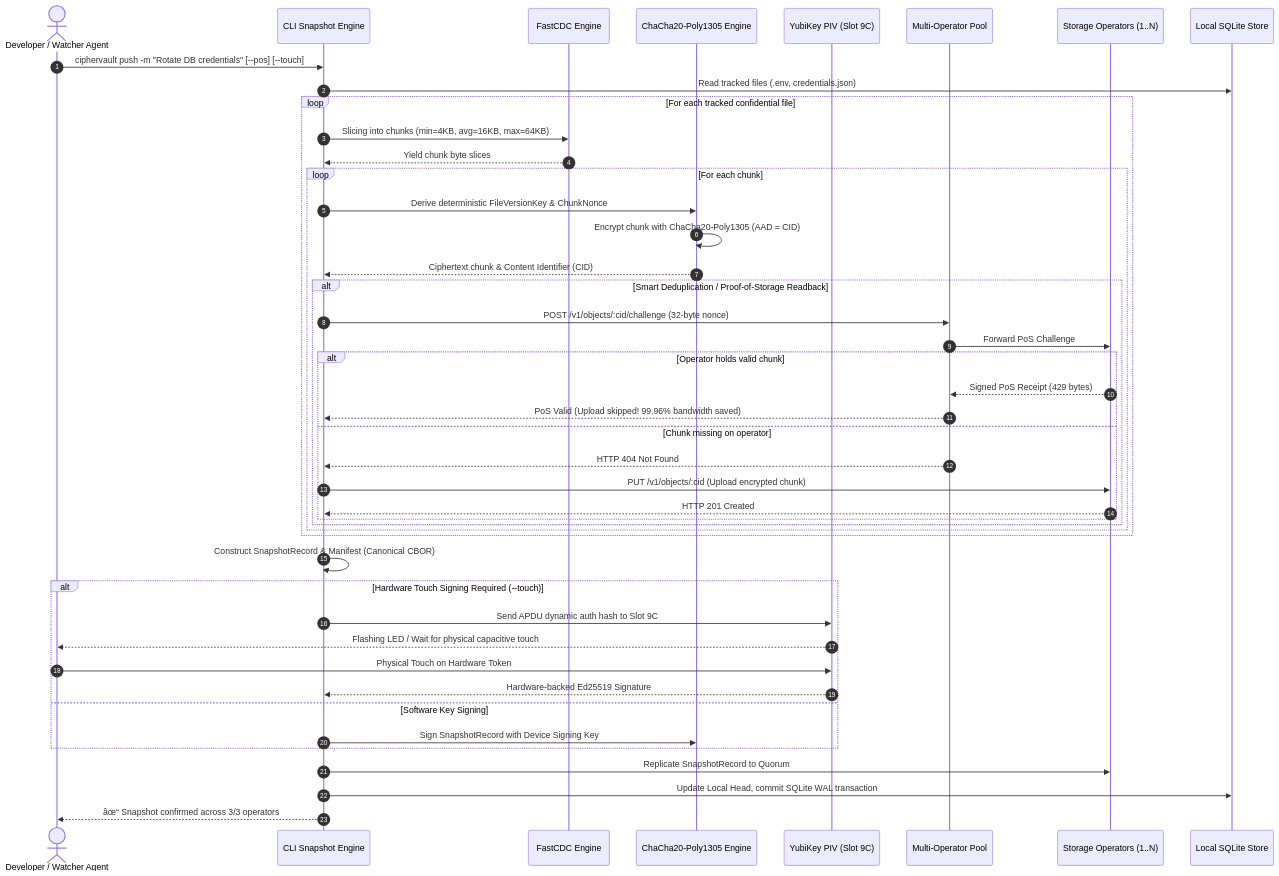
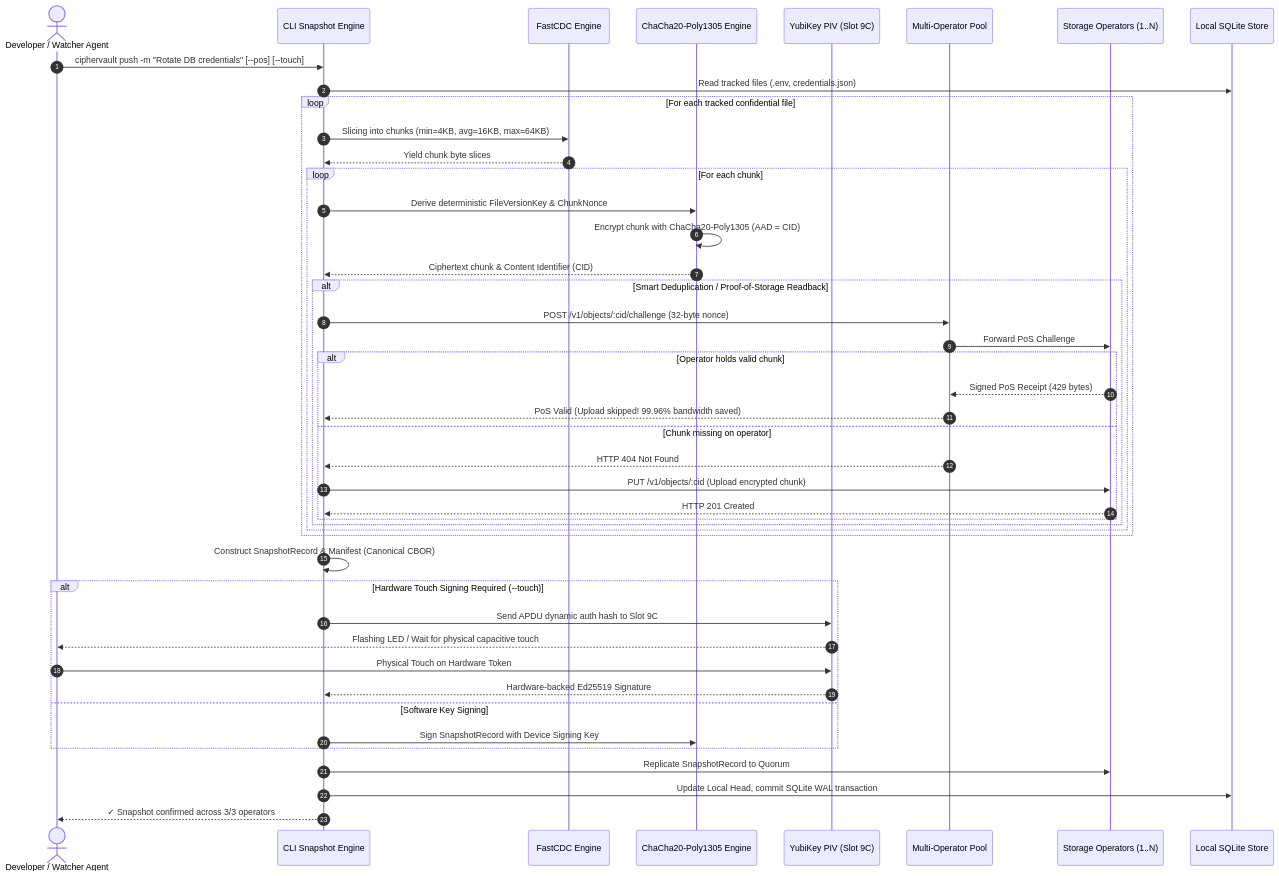
Before and after one commit to samuel-1-avson/CipherVault: the fourth of 14 diagrams in docs/SYSTEM_WORKFLOW.md, drawn with Mermaid. The commit also changed other lines of this file and 1 other file, not shown here.

````diff
--- a/docs/SYSTEM_WORKFLOW.md
+++ b/docs/SYSTEM_WORKFLOW.md
@@ -222,53 +222,53 @@
 ```mermaid
 sequenceDiagram
     autonumber
     actor Dev as Developer / Watcher Agent
     participant CLI as CLI Snapshot Engine
     participant CDC as FastCDC Engine
     participant AEAD as ChaCha20-Poly1305 Engine
     participant HSM as YubiKey PIV (Slot 9C)
     participant Pool as Multi-Operator Pool
     participant Ops as Storage Operators (1..N)
     participant Store as Local SQLite Store
 
     Dev->>CLI: ciphervault push -m "Rotate DB credentials" [--pos] [--touch]
     CLI->>Store: Read tracked files (.env, credentials.json)
     
     loop For each tracked confidential file
         CLI->>CDC: Slicing into chunks (min=4KB, avg=16KB, max=64KB)
         CDC-->>CLI: Yield chunk byte slices
         loop For each chunk
             CLI->>AEAD: Derive deterministic FileVersionKey & ChunkNonce
             AEAD->>AEAD: Encrypt chunk with ChaCha20-Poly1305 (AAD = CID)
             AEAD-->>CLI: Ciphertext chunk & Content Identifier (CID)
             
             alt Smart Deduplication / Proof-of-Storage Readback
                 CLI->>Pool: POST /v1/objects/:cid/challenge (32-byte nonce)
                 Pool->>Ops: Forward PoS Challenge
                 alt Operator holds valid chunk
                     Ops-->>Pool: Signed PoS Receipt (429 bytes)
                     Pool-->>CLI: PoS Valid (Upload skipped! 99.96% bandwidth saved)
                 else Chunk missing on operator
                     Pool-->>CLI: HTTP 404 Not Found
                     CLI->>Ops: PUT /v1/objects/:cid (Upload encrypted chunk)
                     Ops-->>CLI: HTTP 201 Created
                 end
             end
         end
     end
 
     CLI->>CLI: Construct SnapshotRecord & Manifest (Canonical CBOR)
     
     alt Hardware Touch Signing Required (--touch)
         CLI->>HSM: Send APDU dynamic auth hash to Slot 9C
         HSM-->>Dev: Flashing LED / Wait for physical capacitive touch
         Dev->>HSM: Physical Touch on Hardware Token
         HSM-->>CLI: Hardware-backed Ed25519 Signature
     else Software Key Signing
         CLI->>AEAD: Sign SnapshotRecord with Device Signing Key
     end
 
     CLI->>Ops: Replicate SnapshotRecord to Quorum
     CLI->>Store: Update Local Head, commit SQLite WAL transaction
-    CLI-->>Dev: âœ“ Snapshot confirmed across 3/3 operators
+    CLI-->>Dev: ✓ Snapshot confirmed across 3/3 operators
 ```
````
